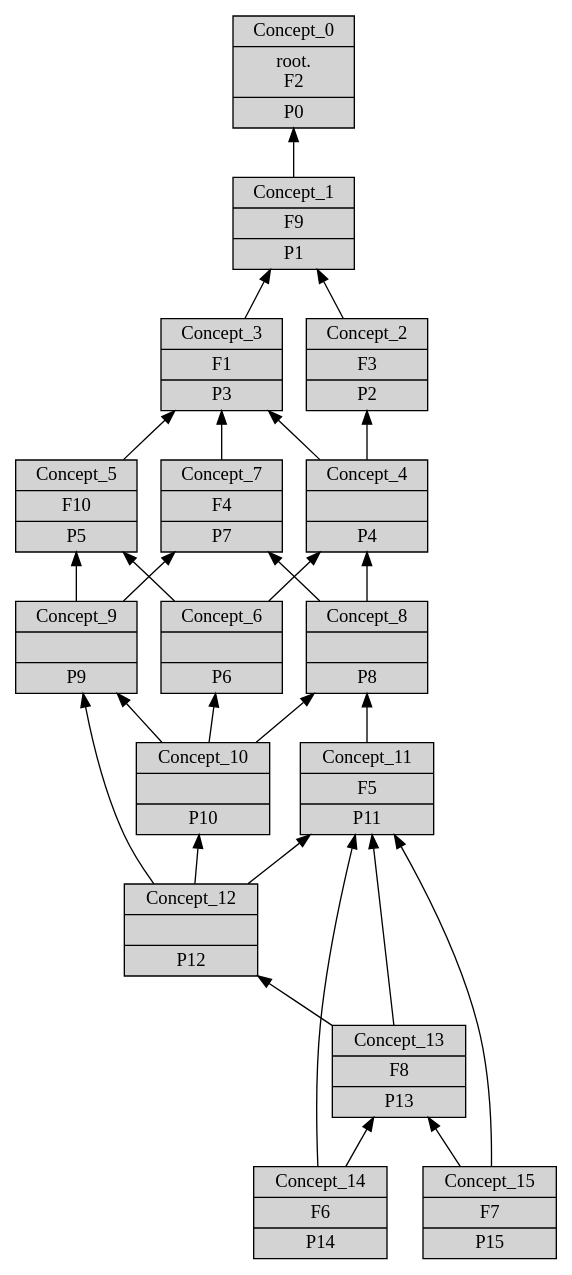
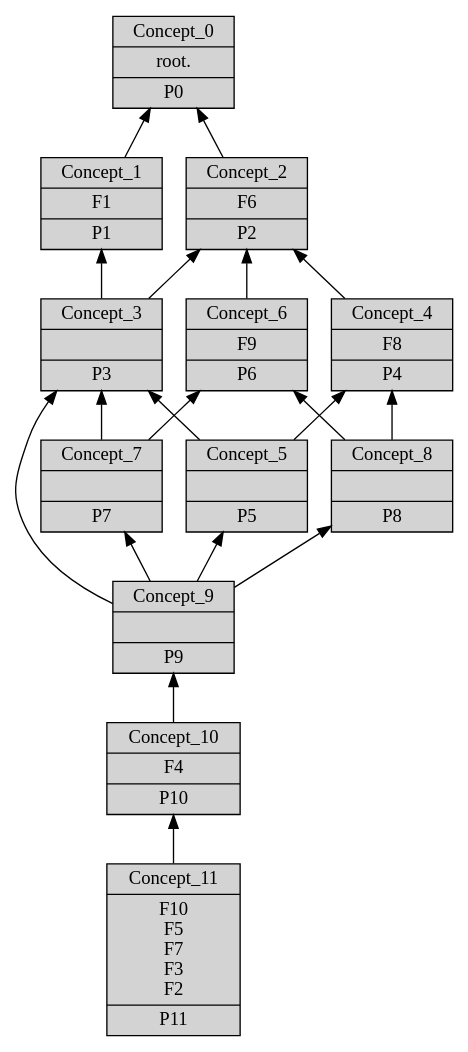
The diagram in refm-competition-ws/fr.inria.diverse.refm.competition.almsiedeen/Lattice dot/lattice.dot (jagalindo/puzzle-testing), drawn with Graphviz before and after one commit. The commit also changed 72 other files, not shown here.

```diff
--- a/refm-competition-ws/fr.inria.diverse.refm.competition.almsiedeen/Lattice dot/lattice.dot
+++ b/refm-competition-ws/fr.inria.diverse.refm.competition.almsiedeen/Lattice dot/lattice.dot
@@ -1,45 +1,33 @@
 digraph G { 
 	rankdir=BT;
-578866604 [shape=record,style=filled,label="{Concept_0|root.\nF2\n|P0\n}"];
-353842779 [shape=record,style=filled,label="{Concept_1|F9\n|P1\n}"];
-1338823963 [shape=record,style=filled,label="{Concept_2|F3\n|P2\n}"];
-1156060786 [shape=record,style=filled,label="{Concept_3|F1\n|P3\n}"];
-1612799726 [shape=record,style=filled,label="{Concept_4||P4\n}"];
-1286084959 [shape=record,style=filled,label="{Concept_5|F10\n|P5\n}"];
-1709537756 [shape=record,style=filled,label="{Concept_6||P6\n}"];
-1639622804 [shape=record,style=filled,label="{Concept_7|F4\n|P7\n}"];
-184966243 [shape=record,style=filled,label="{Concept_8||P8\n}"];
-124313277 [shape=record,style=filled,label="{Concept_9||P9\n}"];
-1225616405 [shape=record,style=filled,label="{Concept_10||P10\n}"];
-2101842856 [shape=record,style=filled,label="{Concept_11|F5\n|P11\n}"];
-1151020327 [shape=record,style=filled,label="{Concept_12||P12\n}"];
-88579647 [shape=record,style=filled,label="{Concept_13|F8\n|P13\n}"];
-654845766 [shape=record,style=filled,label="{Concept_14|F6\n|P14\n}"];
-1712536284 [shape=record,style=filled,label="{Concept_15|F7\n|P15\n}"];
-	353842779 -> 578866604
-	1338823963 -> 353842779
-	1156060786 -> 353842779
-	1612799726 -> 1338823963
-	1612799726 -> 1156060786
-	1286084959 -> 1156060786
-	1709537756 -> 1612799726
-	1709537756 -> 1286084959
-	1639622804 -> 1156060786
-	184966243 -> 1612799726
-	184966243 -> 1639622804
-	124313277 -> 1286084959
-	124313277 -> 1639622804
-	1225616405 -> 1709537756
-	1225616405 -> 184966243
-	1225616405 -> 124313277
-	2101842856 -> 184966243
-	1151020327 -> 124313277
-	1151020327 -> 1225616405
-	1151020327 -> 2101842856
-	88579647 -> 2101842856
-	88579647 -> 1151020327
-	654845766 -> 2101842856
-	654845766 -> 88579647
-	1712536284 -> 2101842856
-	1712536284 -> 88579647
+1897871865 [shape=record,style=filled,label="{Concept_0|root.\n|P0\n}"];
+1908143486 [shape=record,style=filled,label="{Concept_1|F1\n|P1\n}"];
+133250414 [shape=record,style=filled,label="{Concept_2|F6\n|P2\n}"];
+85777802 [shape=record,style=filled,label="{Concept_3||P3\n}"];
+222624801 [shape=record,style=filled,label="{Concept_4|F8\n|P4\n}"];
+603650290 [shape=record,style=filled,label="{Concept_5||P5\n}"];
+762227630 [shape=record,style=filled,label="{Concept_6|F9\n|P6\n}"];
+1316864772 [shape=record,style=filled,label="{Concept_7||P7\n}"];
+1685232414 [shape=record,style=filled,label="{Concept_8||P8\n}"];
+280744458 [shape=record,style=filled,label="{Concept_9||P9\n}"];
+1213216872 [shape=record,style=filled,label="{Concept_10|F4\n|P10\n}"];
+1754638213 [shape=record,style=filled,label="{Concept_11|F10\nF5\nF7\nF3\nF2\n|P11\n}"];
+	1908143486 -> 1897871865
+	133250414 -> 1897871865
+	85777802 -> 1908143486
+	85777802 -> 133250414
+	222624801 -> 133250414
+	603650290 -> 85777802
+	603650290 -> 222624801
+	762227630 -> 133250414
+	1316864772 -> 85777802
+	1316864772 -> 762227630
+	1685232414 -> 222624801
+	1685232414 -> 762227630
+	280744458 -> 85777802
+	280744458 -> 603650290
+	280744458 -> 1316864772
+	280744458 -> 1685232414
+	1213216872 -> 280744458
+	1754638213 -> 1213216872
 }
```
